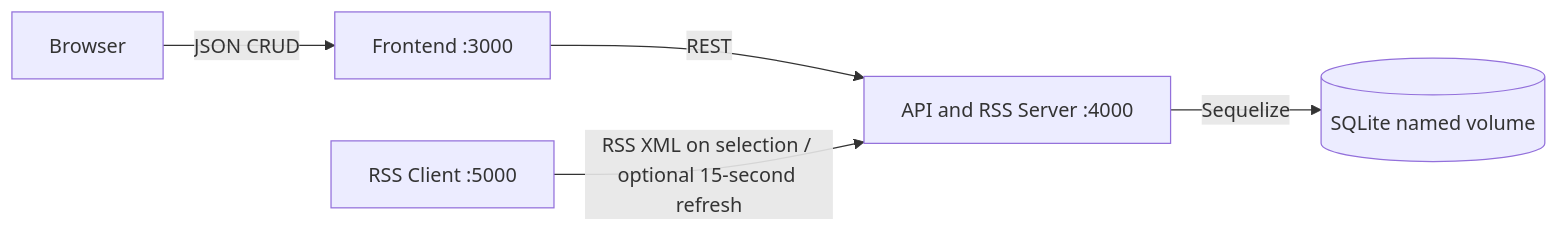
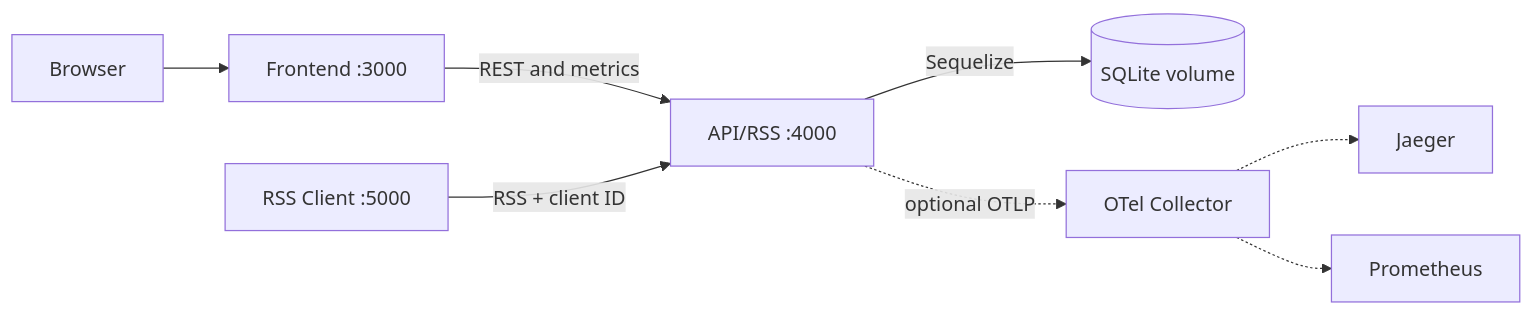
Before and after one commit to andyr100/latrobe-content-distribution-hub: the diagram in README.md, drawn with Mermaid. The commit also changed other lines of this file and 15 other files, not shown here.

````diff
--- a/README.md
+++ b/README.md
@@ -38,7 +33,10 @@
 ```mermaid
 flowchart LR
-  Browser -->|JSON CRUD| Frontend[Frontend :3000]
-  Frontend -->|REST| API[API and RSS Server :4000]
-  RSSClient[RSS Client :5000] -->|RSS XML on selection / optional 15-second refresh| API
-  API -->|Sequelize| SQLite[(SQLite named volume)]
+  Browser --> Frontend[Frontend :3000]
+  Frontend -->|REST and metrics| API[API/RSS :4000]
+  RSSClient[RSS Client :5000] -->|RSS + client ID| API
+  API -->|Sequelize| SQLite[(SQLite volume)]
+  API -. optional OTLP .-> Collector[OTel Collector]
+  Collector -.-> Jaeger
+  Collector -.-> Prometheus
 ```
````
